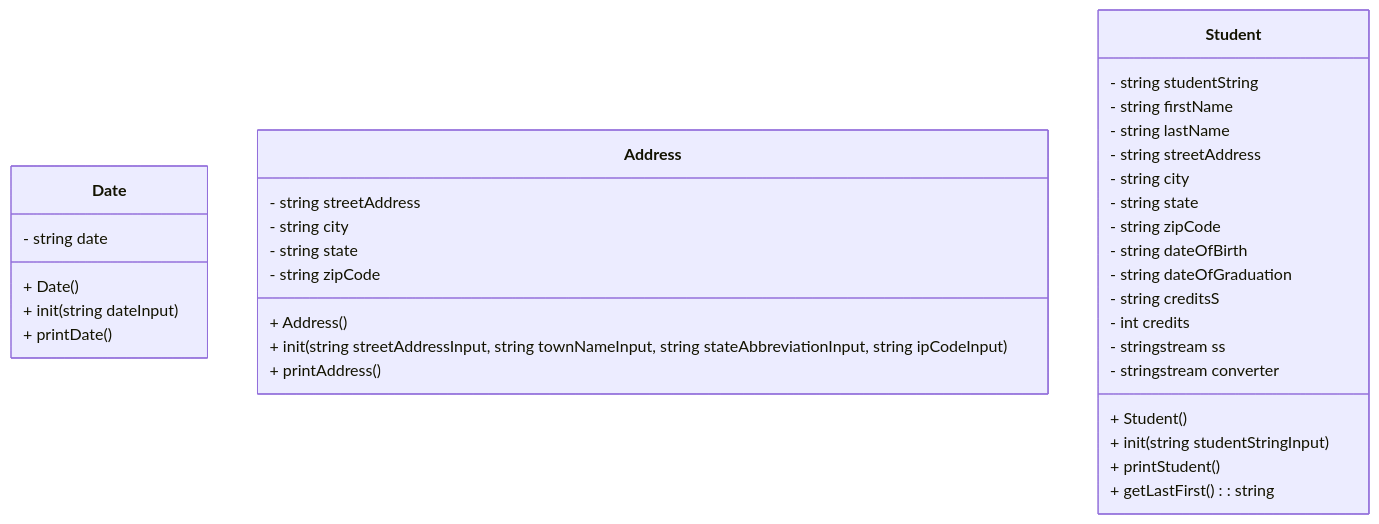
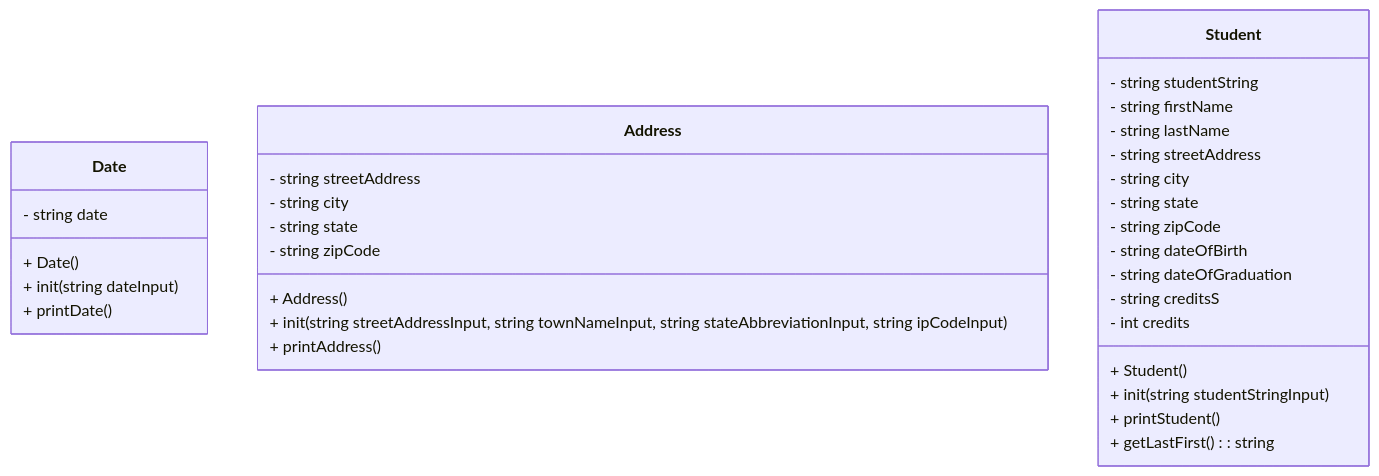
Before and after one commit to fish-2122/CS121-Project-6-Heap-Of-Students: the diagram in README.md, drawn with Mermaid.

````diff
--- a/README.md
+++ b/README.md
@@ -3,40 +3,38 @@
 ```mermaid
 classDiagram
 
 class Date {
     - string date
     + Date()
     + init(string dateInput)
     + printDate()
 }
 
 class Address {
     - string streetAddress
     - string city
     - string state
     - string zipCode
     + Address()
     + init(string streetAddressInput, string townNameInput, string stateAbbreviationInput, string ipCodeInput)
     + printAddress()
 }
 
 class Student {
     - string studentString
     - string firstName
     - string lastName
     - string streetAddress
     - string city
     - string state
     - string zipCode
     - string dateOfBirth
     - string dateOfGraduation
     - string creditsS
     - int credits
-    - stringstream ss
-    - stringstream converter
     + Student()
     + init(string studentStringInput)
     + printStudent()
     + getLastFirst() : string
 }
 ```
````
